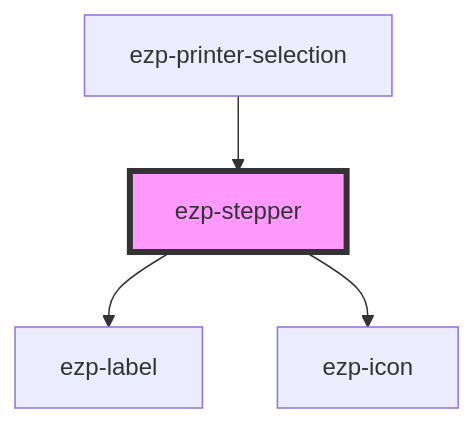
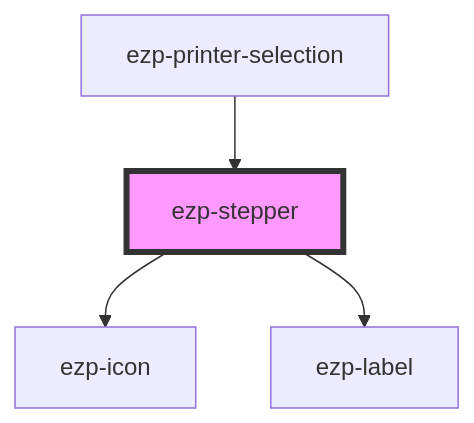
The diagram in src/components/ezp-stepper/readme.md (ezeep/ezeep-js), drawn with Mermaid before and after one commit. The commit also changed other lines of this file and 41 other files, not shown here.

````diff
--- a/src/components/ezp-stepper/readme.md
+++ b/src/components/ezp-stepper/readme.md
@@ -32,7 +33,7 @@
 ```mermaid
 graph TD;
+  ezp-stepper --> ezp-icon
   ezp-stepper --> ezp-label
-  ezp-stepper --> ezp-icon
   ezp-printer-selection --> ezp-stepper
   style ezp-stepper fill:#f9f,stroke:#333,stroke-width:4px
 ```
````
